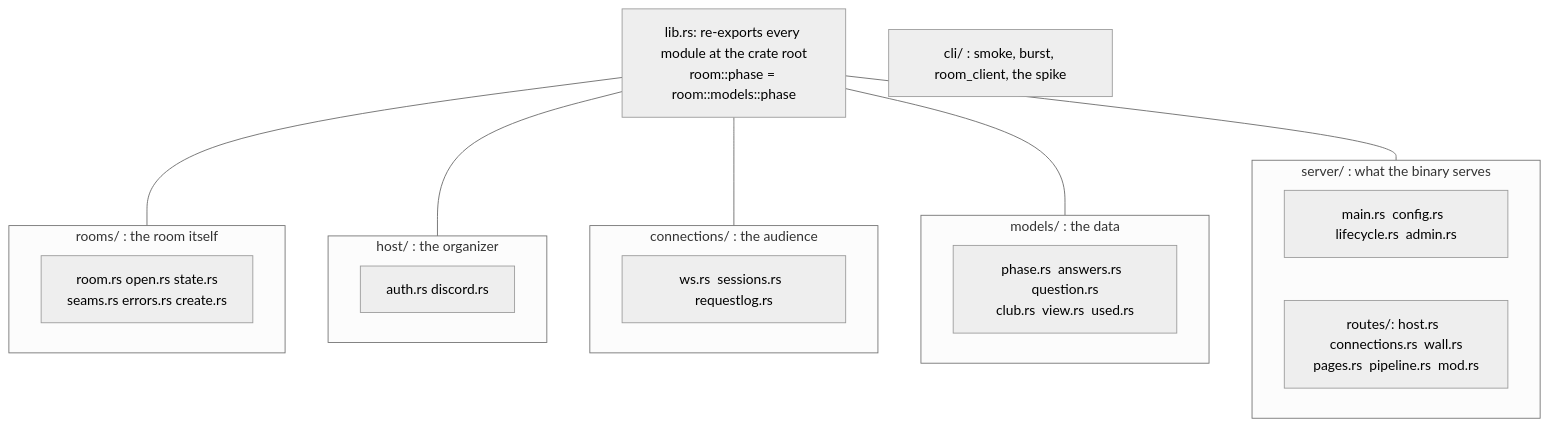
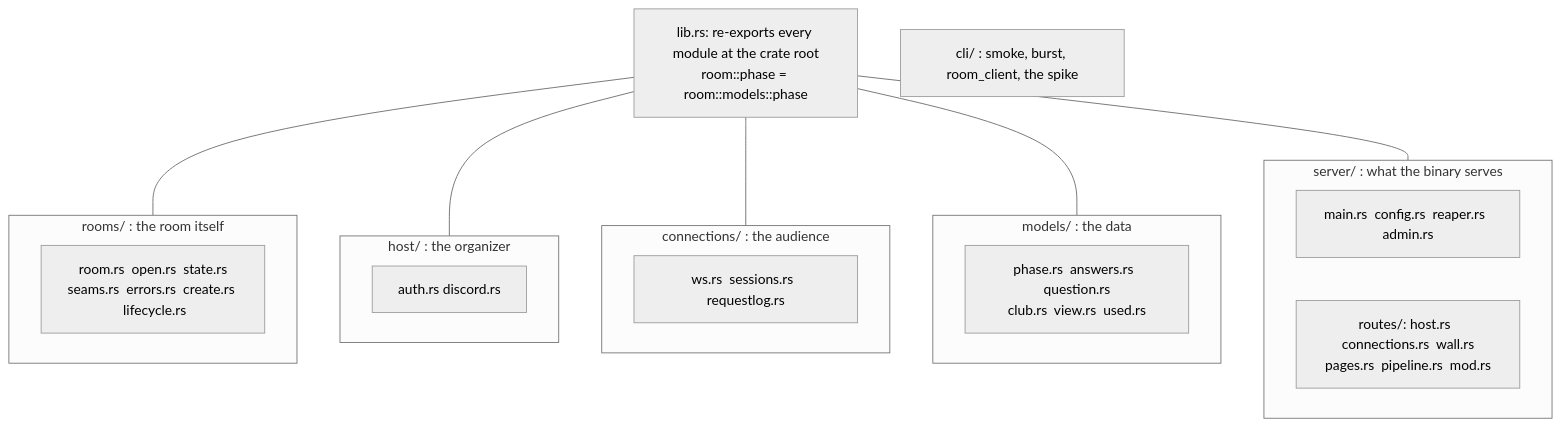
The diagram in docs/adr/0002-group-the-room-source-by-who-uses-it.md (mrojas54/rust-nyc-pop-quiz), drawn with Mermaid (neutral theme) before and after one commit. The commit also changed other lines of this file and 10 other files, not shown here.

````diff
--- a/docs/adr/0002-group-the-room-source-by-who-uses-it.md
+++ b/docs/adr/0002-group-the-room-source-by-who-uses-it.md
@@ -28,22 +28,22 @@
 ```mermaid
 flowchart TB
   lib["lib.rs: re-exports every module at the crate root<br/>room::phase = room::models::phase"]
   subgraph rooms["rooms/ : the room itself"]
-    r1["room.rs  open.rs  state.rs<br/>seams.rs  errors.rs  create.rs"]
+    r1["room.rs  open.rs  state.rs<br/>seams.rs  errors.rs  create.rs  lifecycle.rs"]
   end
   subgraph host["host/ : the organizer"]
     h1["auth.rs  discord.rs"]
   end
   subgraph conn["connections/ : the audience"]
     c1["ws.rs  sessions.rs  requestlog.rs"]
   end
   subgraph models["models/ : the data"]
     m1["phase.rs  answers.rs  question.rs<br/>club.rs  view.rs  used.rs"]
   end
   subgraph server["server/ : what the binary serves"]
-    s1["main.rs  config.rs  lifecycle.rs  admin.rs"]
+    s1["main.rs  config.rs  reaper.rs  admin.rs"]
     s2["routes/: host.rs  connections.rs  wall.rs<br/>pages.rs  pipeline.rs  mod.rs"]
   end
   cli["cli/ : smoke, burst, room_client, the spike"]
   lib --- rooms & host & conn & models & server
 ```
````
